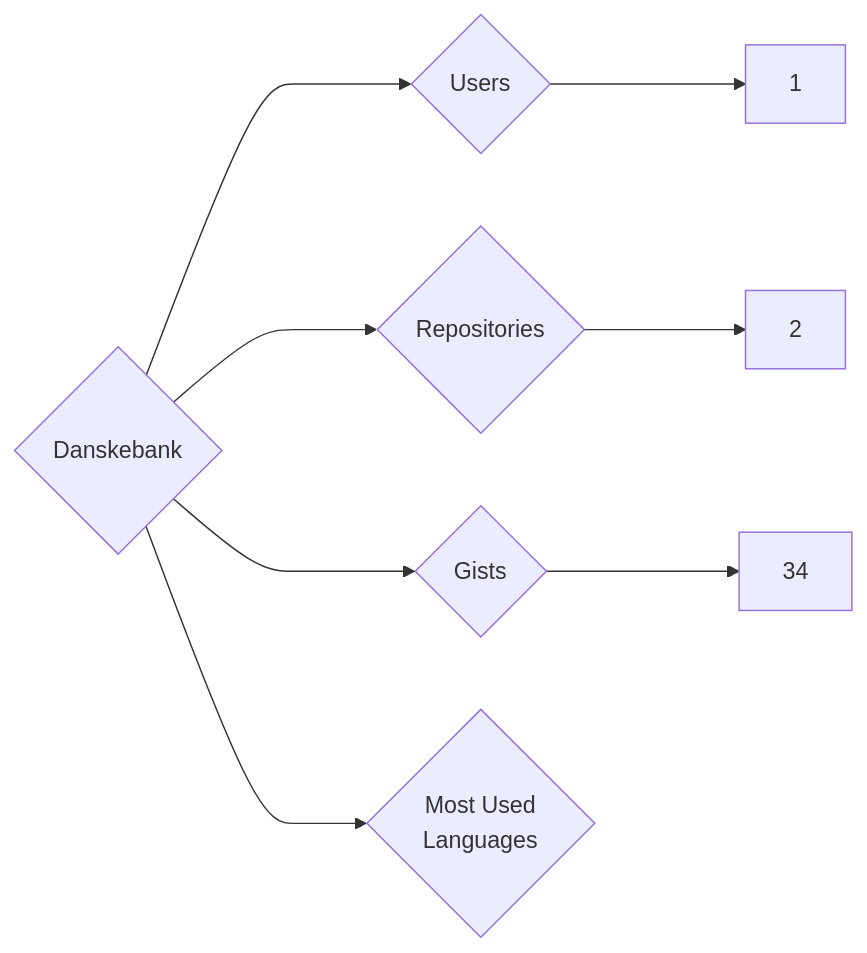
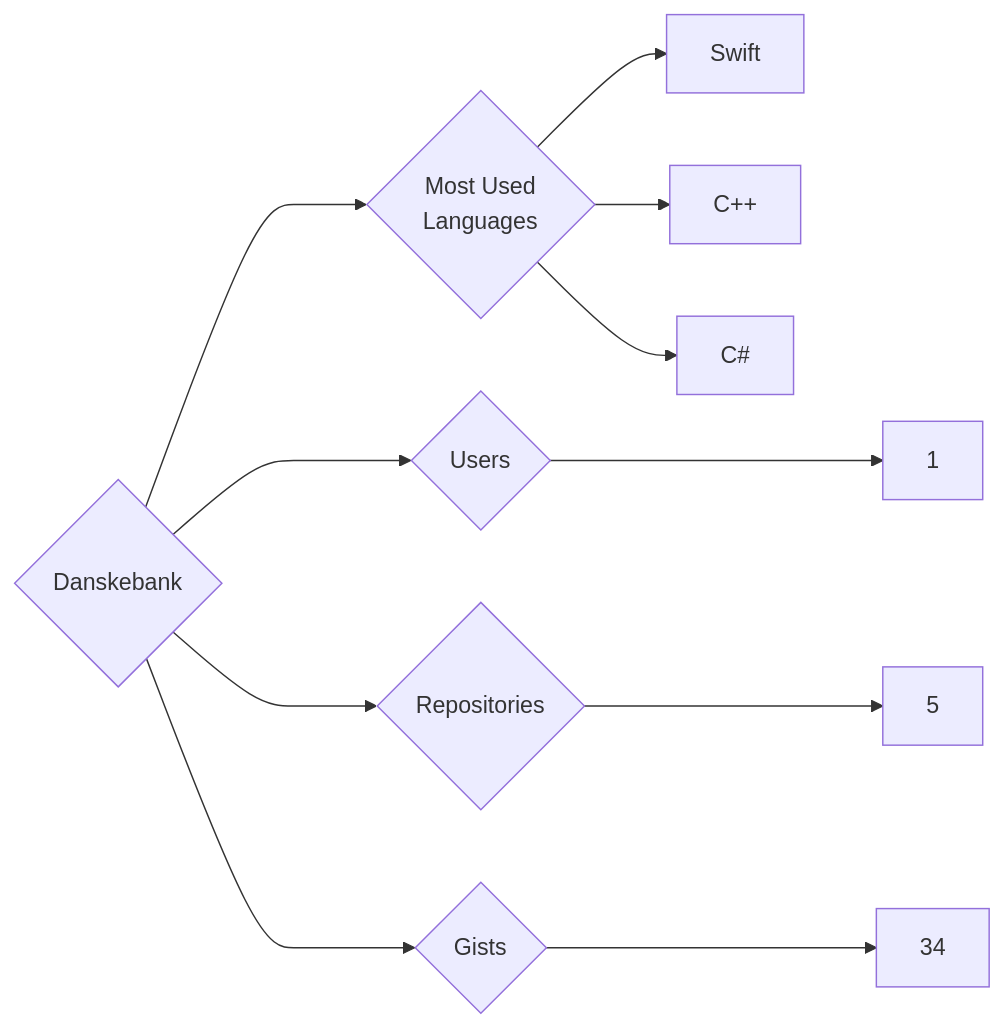
Before and after one commit to trickest/insiders: the diagram in targets/Danskebank/README.md, drawn with Mermaid. The commit also changed 873 other files, not shown here.

````diff
--- a/targets/Danskebank/README.md
+++ b/targets/Danskebank/README.md
@@ -3,8 +3,11 @@
 ```mermaid
 graph LR
 COMPANY_NAME{Danskebank}
 COMPANY_NAME ---> U{Users} ---> UN[1]
-COMPANY_NAME ---> R{Repositories} ---> RN[2]
+COMPANY_NAME ---> R{Repositories} ---> RN[5]
 COMPANY_NAME ---> G{Gists} ---> GN[34]
 COMPANY_NAME ---> ML{Most Used<br>Languages}
+ML --> Swift[Swift]
+ML --> C++[C++]
+ML --> C#[C#]
 ```
````
